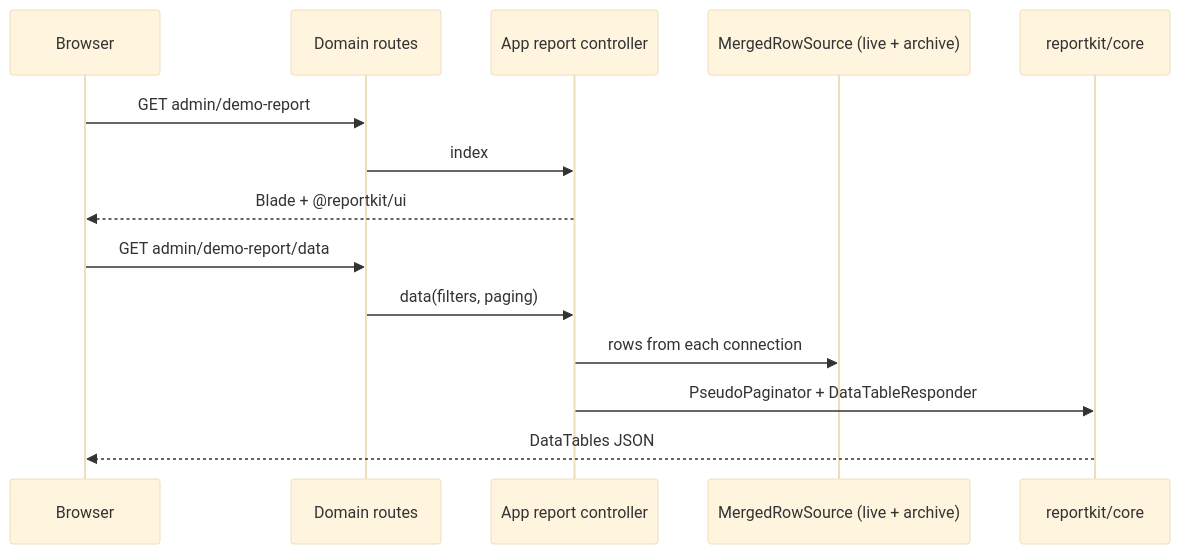
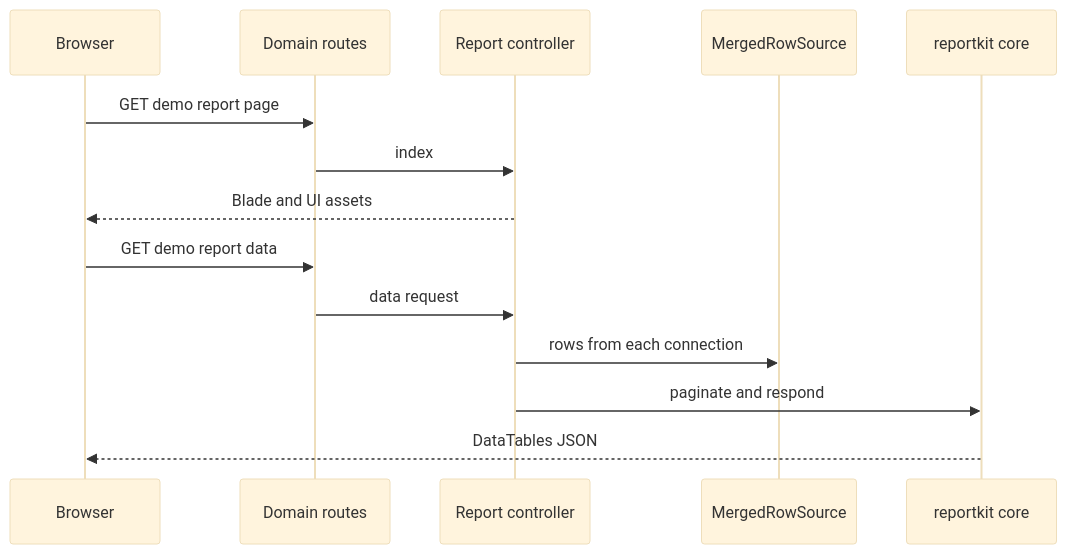
The first of 2 diagrams in .github/README.md (Maijied/Reportkit-Laravel), drawn with Mermaid (base theme) before and after one commit. The commit also changed other lines of this file and 2 other files, not shown here.

Commit message:
fix: GitHub-renderable Mermaid diagrams, visitor/version badges, sync root README

````diff
--- a/.github/README.md
+++ b/.github/README.md
@@ -46,16 +51,16 @@
 ```mermaid
 sequenceDiagram
   participant B as Browser
   participant R as Domain routes
-  participant C as App report controller
-  participant S as MergedRowSource (live + archive)
-  participant K as reportkit/core
-  B->>R: GET admin/demo-report
+  participant C as Report controller
+  participant S as MergedRowSource
+  participant K as reportkit core
+  B->>R: GET demo report page
   R->>C: index
-  C-->>B: Blade + @reportkit/ui
-  B->>R: GET admin/demo-report/data
-  R->>C: data(filters, paging)
+  C-->>B: Blade and UI assets
+  B->>R: GET demo report data
+  R->>C: data request
   C->>S: rows from each connection
-  C->>K: PseudoPaginator + DataTableResponder
+  C->>K: paginate and respond
   K-->>B: DataTables JSON
 ```
````
